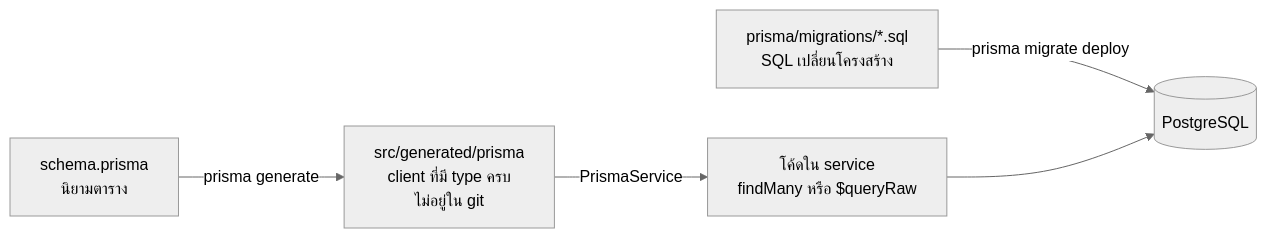
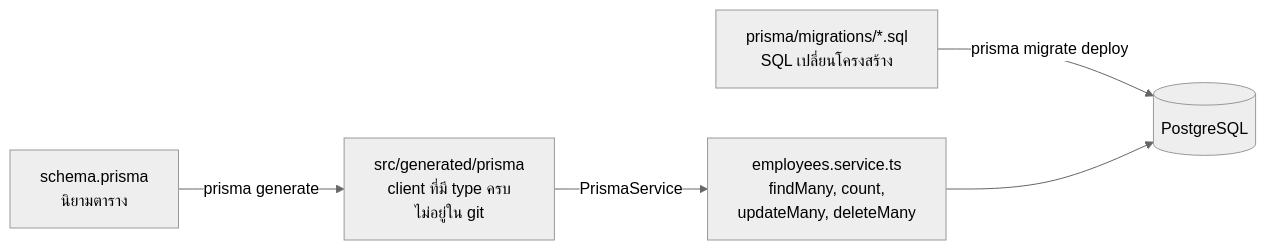
One commit to sittipong-hemloun/helius-tech-test changed the second of 3 diagrams in docs/learn/03-database-prisma.md. Above: the diagram before and after it, drawn with Mermaid (neutral theme). The commit also changed other lines of this file and 180 other files, not shown here.

````diff
--- a/docs/learn/03-database-prisma.md
+++ b/docs/learn/03-database-prisma.md
@@ -62,7 +48,7 @@
 ```mermaid
 flowchart LR
     SC["schema.prisma<br/>นิยามตาราง"] -->|"prisma generate"| GC["src/generated/prisma<br/>client ที่มี type ครบ<br/>ไม่อยู่ใน git"]
     MG["prisma/migrations/*.sql<br/>SQL เปลี่ยนโครงสร้าง"] -->|"prisma migrate deploy"| DB[("PostgreSQL")]
-    GC -->|"PrismaService"| Q["โค้ดใน service<br/>findMany หรือ $queryRaw"]
+    GC -->|"PrismaService"| Q["employees.service.ts<br/>findMany, count,<br/>updateMany, deleteMany"]
     Q --> DB
 ```
````
